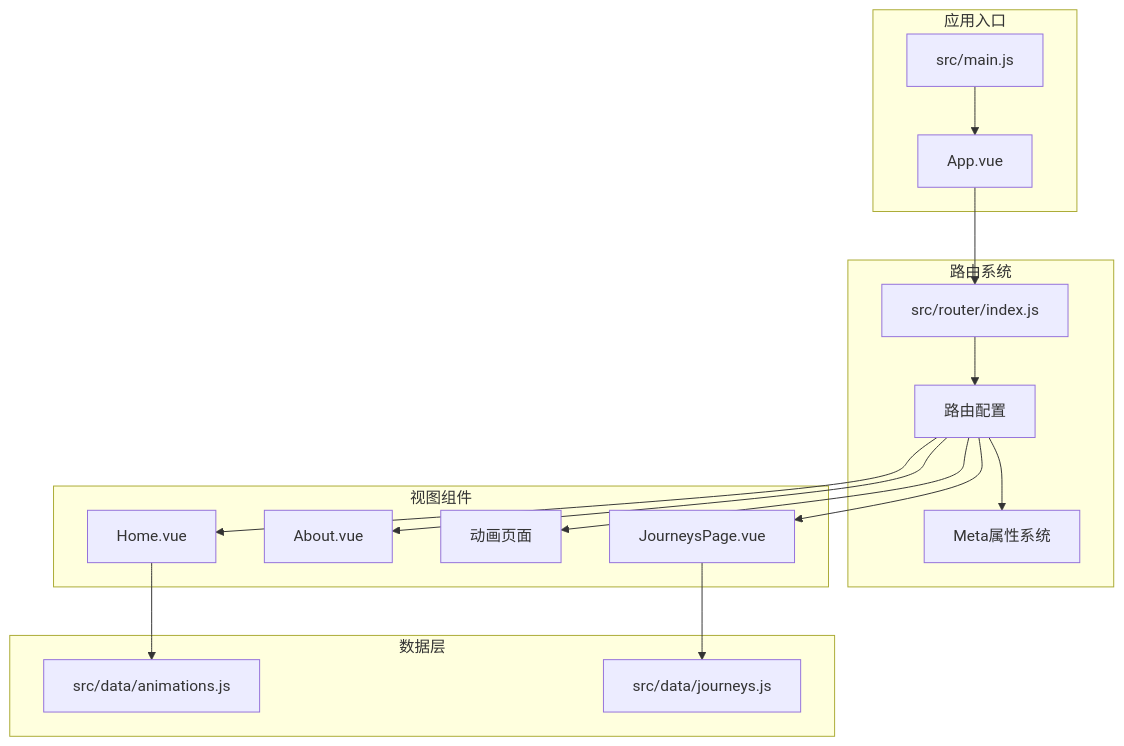
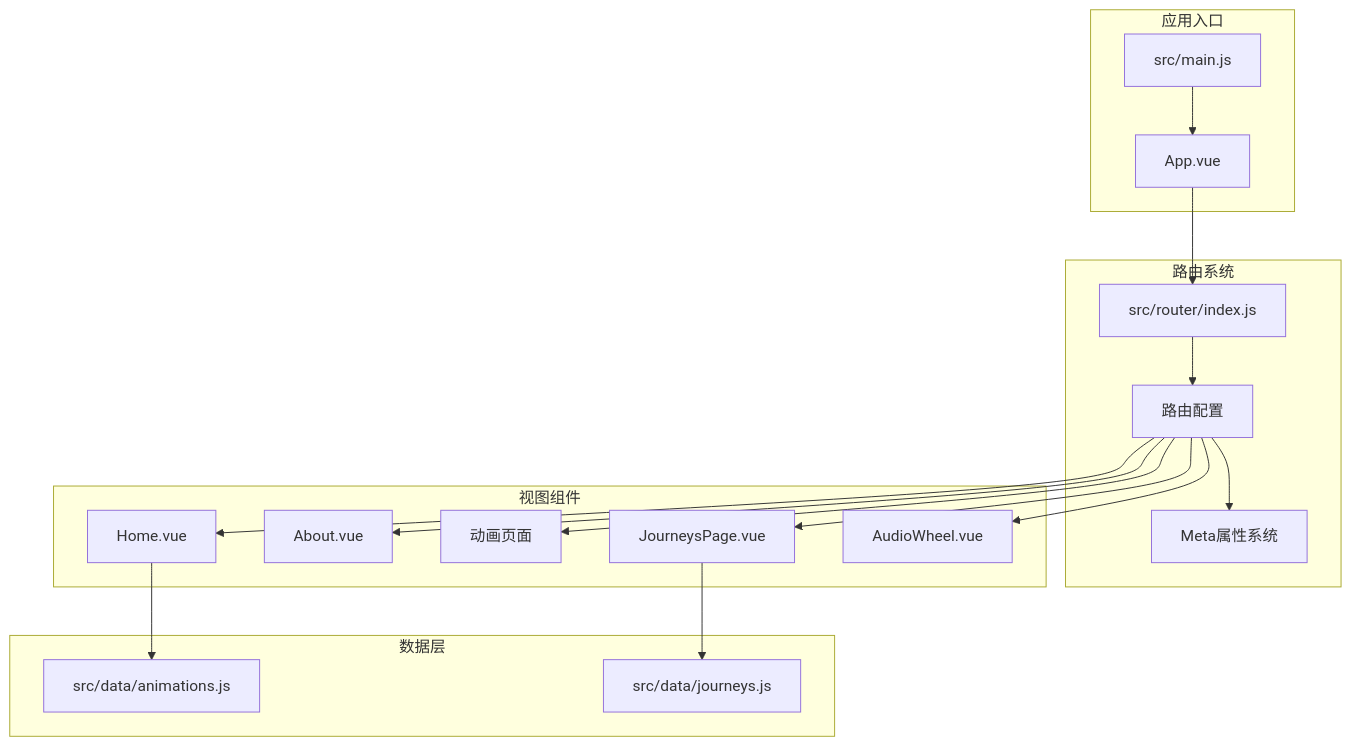
One commit to yuyezhizhi/yuyezhizhi.github.io changed the first of 11 diagrams in .qoder/repowiki/zh/content/路由系统更新.md. Above: the diagram before and after it, drawn with Mermaid. The commit also changed other lines of this file and 6 other files, not shown here.

````diff
--- a/.qoder/repowiki/zh/content/路由系统更新.md
+++ b/.qoder/repowiki/zh/content/路由系统更新.md
@@ -52,32 +54,34 @@
 ```mermaid
 graph TB
 subgraph "应用入口"
 Main[src/main.js]
 App[App.vue]
 end
 subgraph "路由系统"
 Router[src/router/index.js]
 Routes[路由配置]
 MetaSystem[Meta属性系统]
 end
 subgraph "视图组件"
 Home[Home.vue]
 About[About.vue]
 Animations[动画页面]
 Journeys[JourneysPage.vue]
+AudioWheel[AudioWheel.vue]
 end
 subgraph "数据层"
 AnimationsData[src/data/animations.js]
 JourneysData[src/data/journeys.js]
 end
 Main --> App
 App --> Router
 Router --> Routes
 Routes --> MetaSystem
 Routes --> Home
 Routes --> About
 Routes --> Animations
 Routes --> Journeys
+Routes --> AudioWheel
 Home --> AnimationsData
 Journeys --> JourneysData
 ```
````
